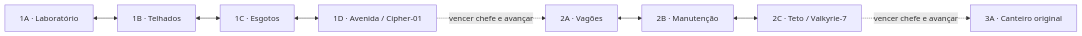
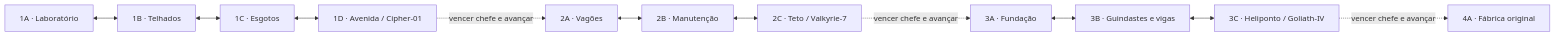
One commit to Chimiasama/MindBreak changed the diagram in docs/CAMPANHA_E_SUBFASES.md. Above: the diagram before and after it, drawn with Mermaid. The commit also changed other lines of this file and 11 other files, not shown here.

````diff
--- a/docs/CAMPANHA_E_SUBFASES.md
+++ b/docs/CAMPANHA_E_SUBFASES.md
@@ -19,10 +22,13 @@
 ```mermaid
 flowchart LR
   A[1A · Laboratório] <--> B[1B · Telhados]
   B <--> C[1C · Esgotos]
   C <--> D[1D · Avenida / Cipher-01]
   D -. "vencer chefe e avançar" .-> E[2A · Vagões]
   E <--> F[2B · Manutenção]
   F <--> G[2C · Teto / Valkyrie-7]
-  G -. "vencer chefe e avançar" .-> H[3A · Canteiro original]
+  G -. "vencer chefe e avançar" .-> H[3A · Fundação]
+  H <--> I[3B · Guindastes e vigas]
+  I <--> J[3C · Heliponto / Goliath-IV]
+  J -. "vencer chefe e avançar" .-> K[4A · Fábrica original]
 ```
````
